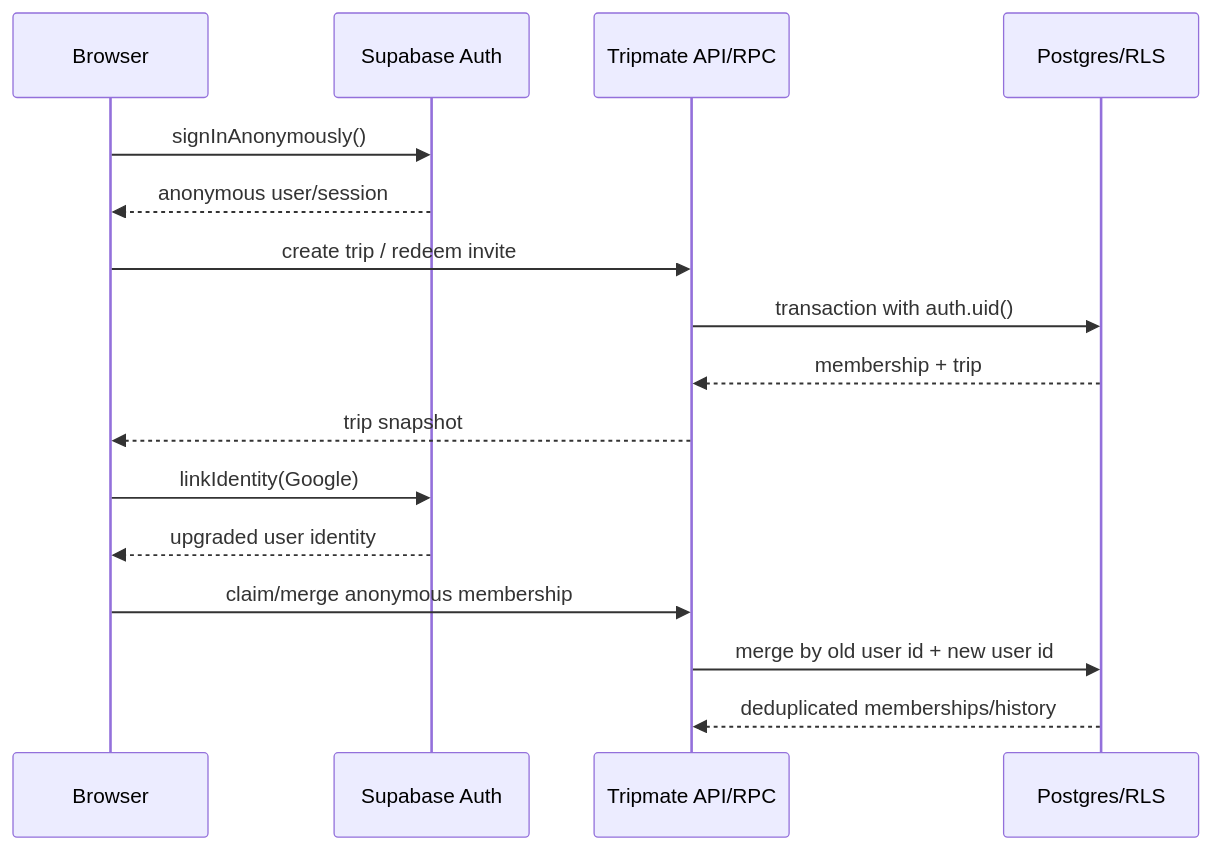
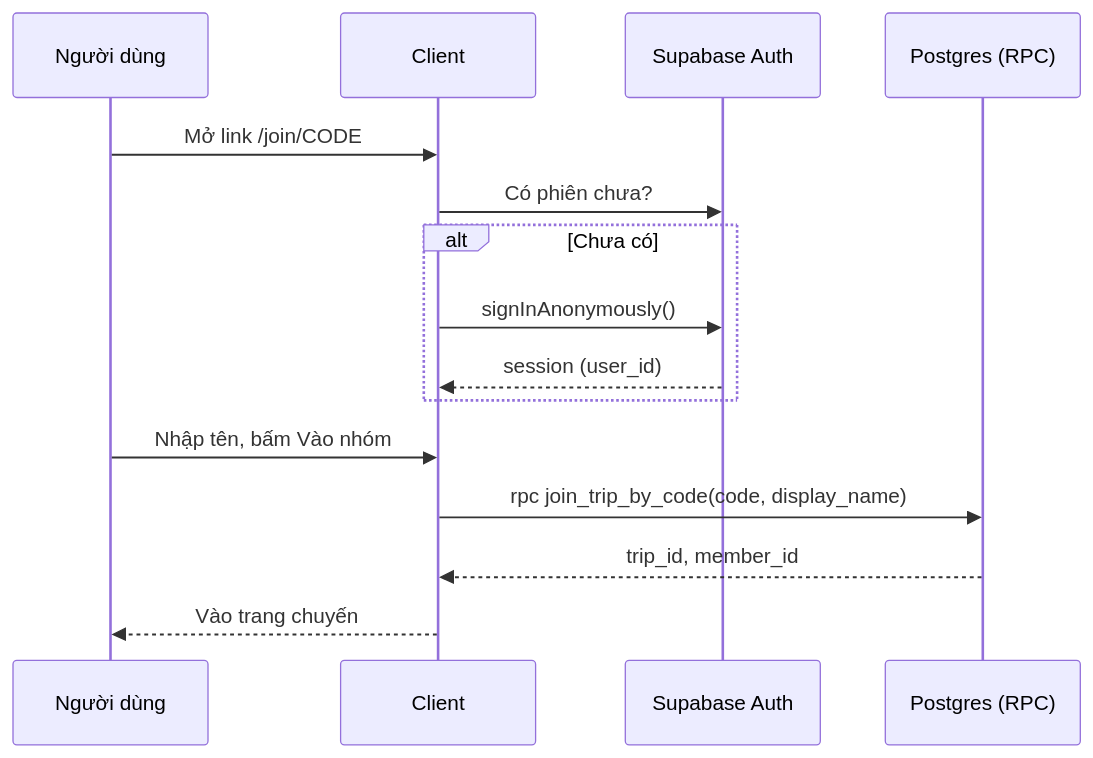
The second of 2 diagrams in docs/06-architecture.md (duynguyen1604/Splitrip), drawn with Mermaid before and after one commit. The commit also changed other lines of this file and 11 other files, not shown here.

````diff
--- a/docs/06-architecture.md
+++ b/docs/06-architecture.md
@@ -87,19 +113,17 @@
 ```mermaid
 sequenceDiagram
-    participant B as Browser
+    participant U as Người dùng
+    participant C as Client
     participant A as Supabase Auth
-    participant API as Tripmate API/RPC
-    participant DB as Postgres/RLS
-
-    B->>A: signInAnonymously()
-    A-->>B: anonymous user/session
-    B->>API: create trip / redeem invite
-    API->>DB: transaction with auth.uid()
-    DB-->>API: membership + trip
-    API-->>B: trip snapshot
-    B->>A: linkIdentity(Google)
-    A-->>B: upgraded user identity
-    B->>API: claim/merge anonymous membership
-    API->>DB: merge by old user id + new user id
-    DB-->>API: deduplicated memberships/history
+    participant D as Postgres (RPC)
+    U->>C: Mở link /join/CODE
+    C->>A: Có phiên chưa?
+    alt Chưa có
+        C->>A: signInAnonymously()
+        A-->>C: session (user_id)
+    end
+    U->>C: Nhập tên, bấm Vào nhóm
+    C->>D: rpc join_trip_by_code(code, display_name)
+    D-->>C: trip_id, member_id
+    C-->>U: Vào trang chuyến
 ```
````
